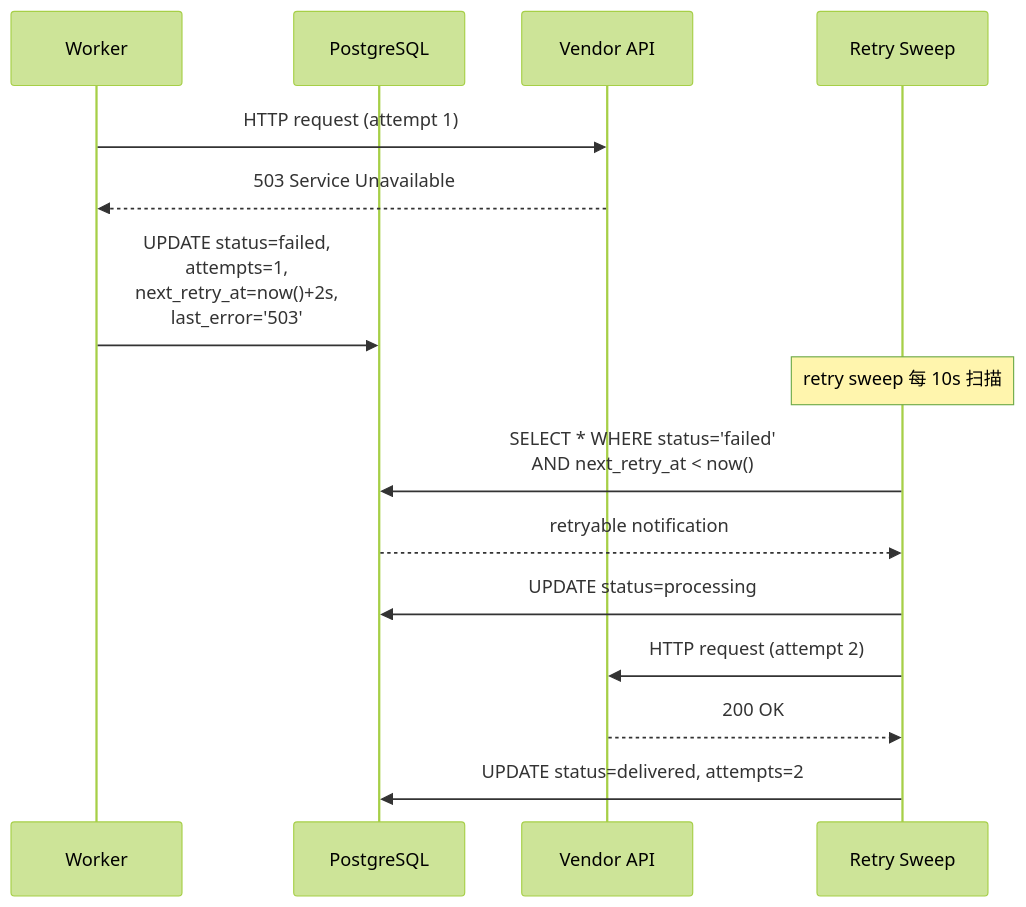
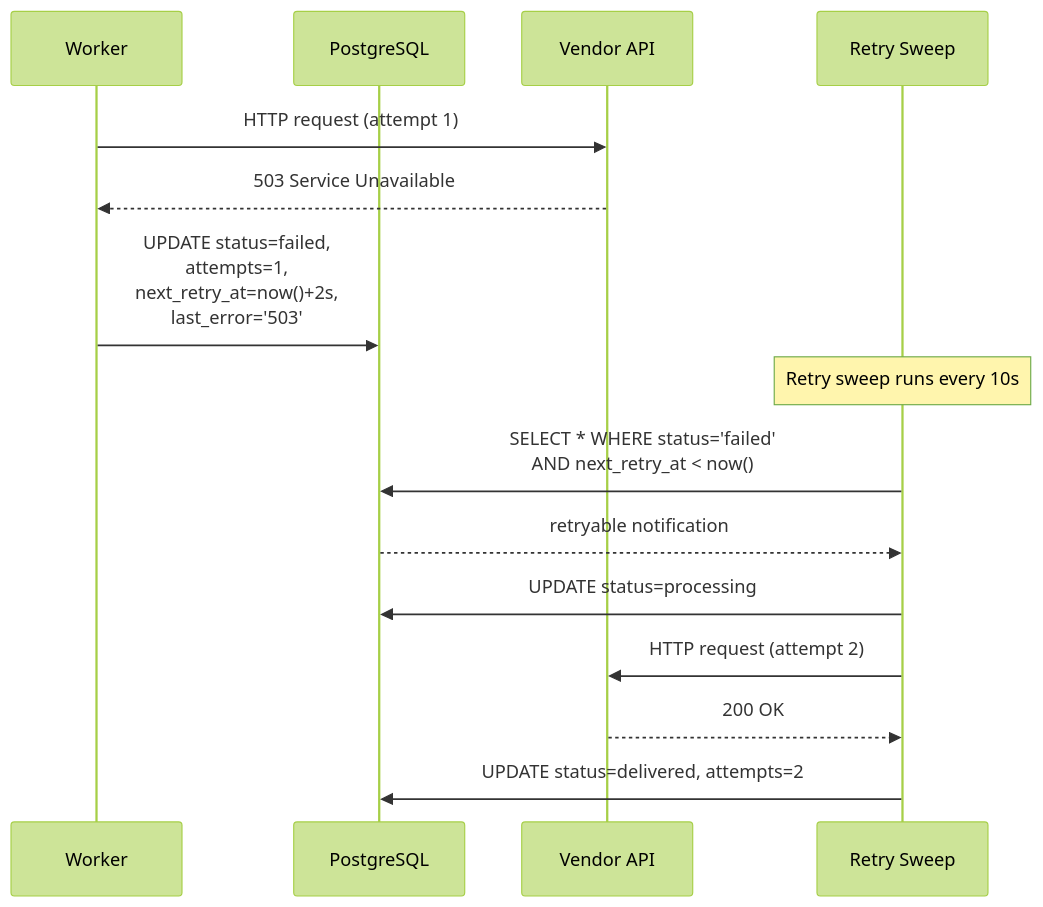
Before and after one commit to Alex200411/notify-service: the third of 8 diagrams in design.md, drawn with Mermaid (forest theme). The commit also changed other lines of this file, not shown here.

````diff
--- a/design.md
+++ b/design.md
@@ -75,19 +75,19 @@
 ```mermaid
 sequenceDiagram
     participant W as Worker
     participant DB as PostgreSQL
     participant V as Vendor API
     participant RS as Retry Sweep
 
     W->>V: HTTP request (attempt 1)
     V-->>W: 503 Service Unavailable
     W->>DB: UPDATE status=failed,<br/>attempts=1,<br/>next_retry_at=now()+2s,<br/>last_error='503'
 
-    Note over RS: retry sweep 每 10s 扫描
+    Note over RS: Retry sweep runs every 10s
     RS->>DB: SELECT * WHERE status='failed'<br/>AND next_retry_at < now()
     DB-->>RS: retryable notification
     RS->>DB: UPDATE status=processing
     RS->>V: HTTP request (attempt 2)
     V-->>RS: 200 OK
     RS->>DB: UPDATE status=delivered, attempts=2
 ```
````
